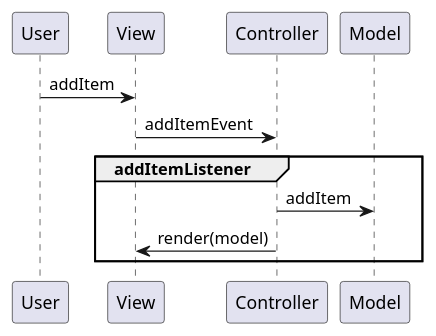
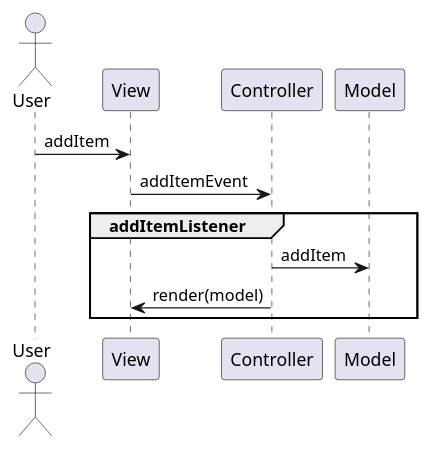
One commit to wcelowski/pw-mvc changed the diagram in docs/mvc.md. Above: the diagram before and after it, drawn with PlantUML. The commit also changed 1 other file, not shown here.

```diff
--- a/docs/mvc.md
+++ b/docs/mvc.md
@@ -1,10 +1,11 @@
 @startuml
+actor User as User
 
 User -> View: addItem
 View -> Controller: addItemEvent
 group addItemListener
 Controller -> Model: addItem
 Controller -> View: render(model)
 end
 
 @enduml
```
